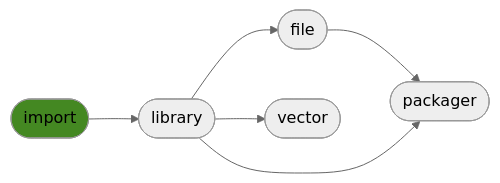
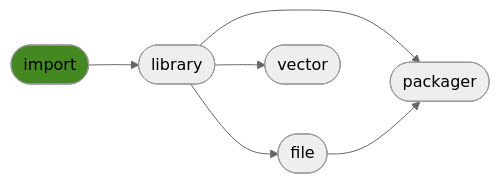
The diagram in README.md (ManderaGeneral/generalimport), drawn with Mermaid (neutral theme) before and after one commit. The commit also changed other lines of this file, not shown here.

````diff
--- a/README.md
+++ b/README.md
@@ -20,14 +20,14 @@
 ```mermaid
 flowchart LR
+1([library]) --> 4([packager])
+1([library]) --> 3([vector])
 2([file]) --> 4([packager])
-1([library]) --> 3([vector])
+0([import]) --> 1([library])
 1([library]) --> 2([file])
-1([library]) --> 4([packager])
-0([import]) --> 1([library])
 click 0 "https://github.com/ManderaGeneral/generalimport"
 click 1 "https://github.com/ManderaGeneral/generallibrary"
 click 2 "https://github.com/ManderaGeneral/generalfile"
 click 3 "https://github.com/ManderaGeneral/generalvector"
 click 4 "https://github.com/ManderaGeneral/generalpackager"
 style 0 fill:#482
 ```
````
